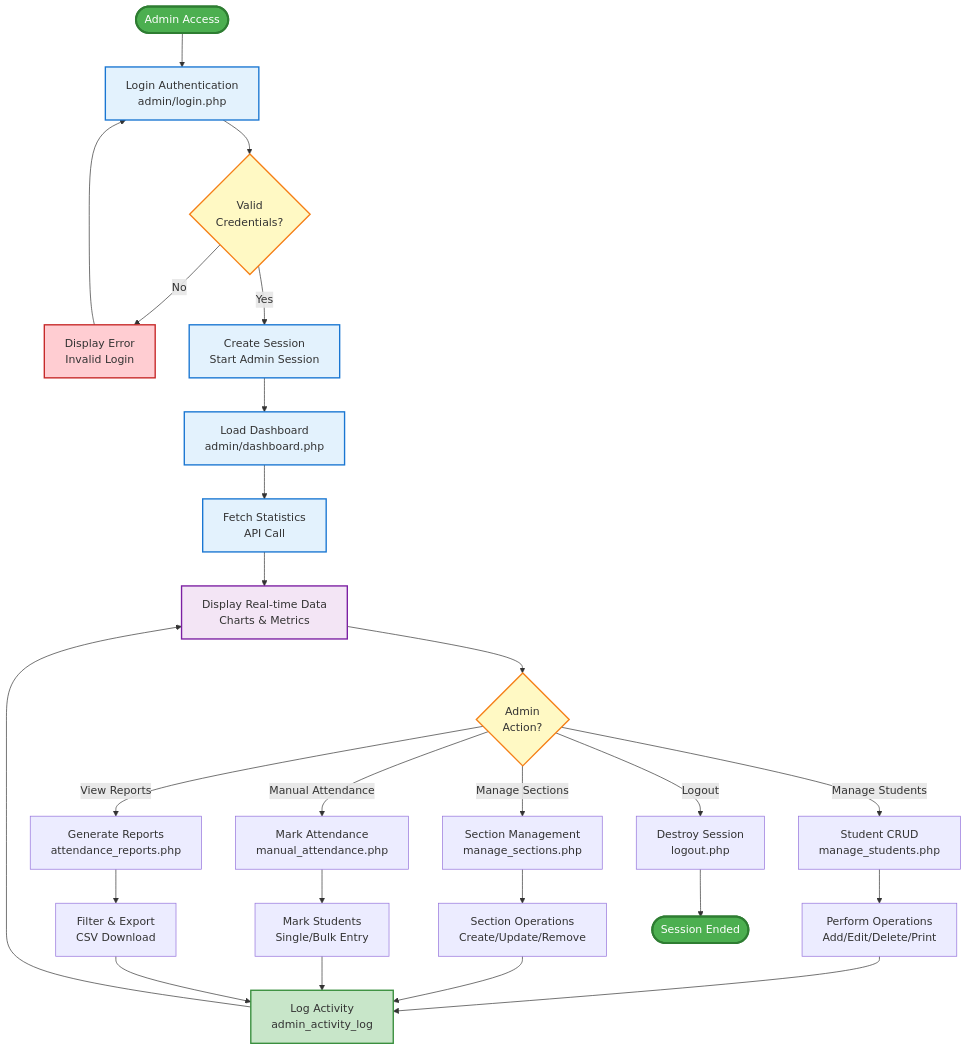
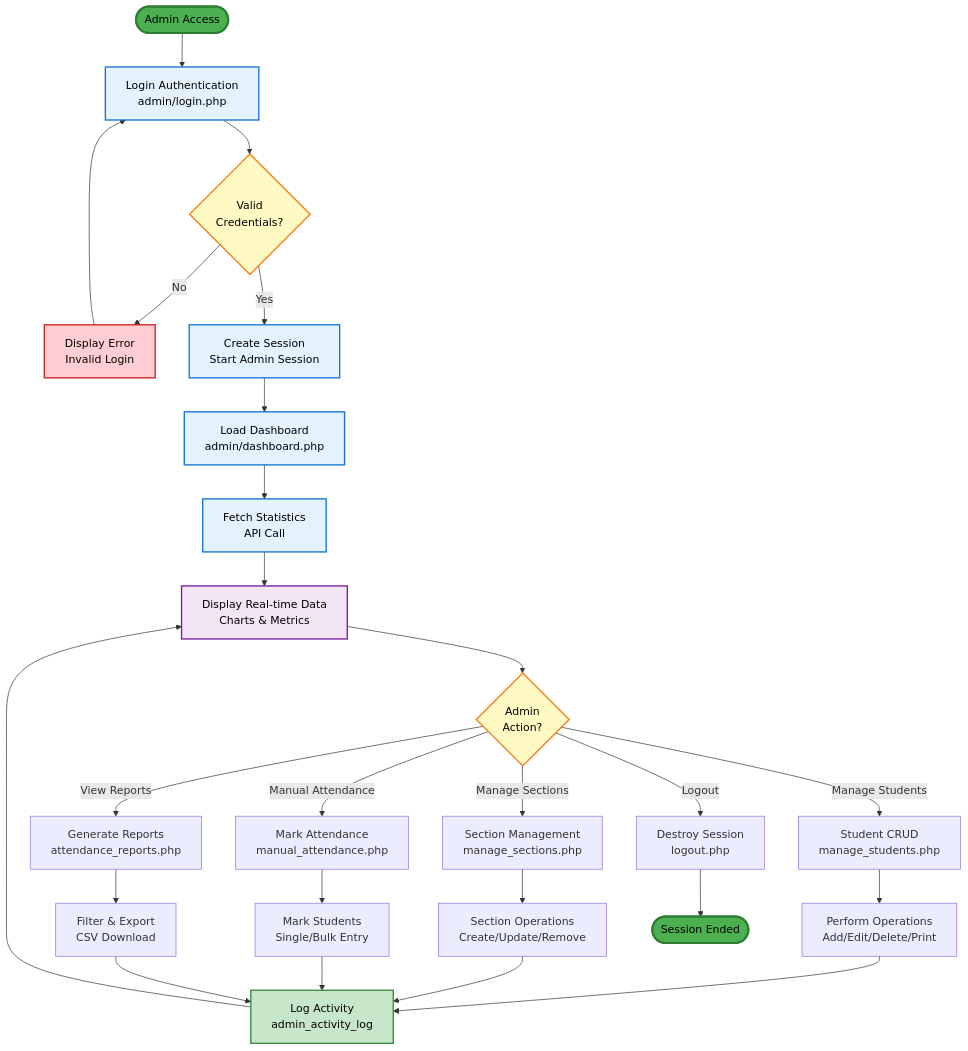
Before and after one commit to TsmHabib03/Academy-of-St.Joseph-Claveria-Cagayan-Inc.-Attendance-Checker: the fifth of 8 diagrams in GENERAL_PROCEDURE_FLOWCHART.md, drawn with Mermaid. The commit also changed other lines of this file, not shown here.

Commit message:
Flowchart successfully Iniatialized and Complete

````diff
--- a/GENERAL_PROCEDURE_FLOWCHART.md
+++ b/GENERAL_PROCEDURE_FLOWCHART.md
@@ -169,50 +212,50 @@
 ```mermaid
 flowchart TD
     Start([Admin Access]) --> A[Login Authentication<br/>admin/login.php]
     
     A --> B{Valid<br/>Credentials?}
     
     B -->|No| C[Display Error<br/>Invalid Login]
     B -->|Yes| D[Create Session<br/>Start Admin Session]
     
     C --> A
     
     D --> E[Load Dashboard<br/>admin/dashboard.php]
     
     E --> F[Fetch Statistics<br/>API Call]
     
     F --> G[Display Real-time Data<br/>Charts & Metrics]
     
     G --> H{Admin<br/>Action?}
     
     H -->|Manage Students| I[Student CRUD<br/>manage_students.php]
     H -->|Manage Sections| J[Section Management<br/>manage_sections.php]
     H -->|Manual Attendance| K[Mark Attendance<br/>manual_attendance.php]
     H -->|View Reports| L[Generate Reports<br/>attendance_reports.php]
     H -->|Logout| M[Destroy Session<br/>logout.php]
     
     I --> N[Perform Operations<br/>Add/Edit/Delete/Print]
     J --> O[Section Operations<br/>Create/Update/Remove]
     K --> P[Mark Students<br/>Single/Bulk Entry]
     L --> Q[Filter & Export<br/>CSV Download]
     
     N --> R[Log Activity<br/>admin_activity_log]
     O --> R
     P --> R
     Q --> R
     
     R --> G
     M --> End([Session Ended])
     
-    style Start fill:#4CAF50,stroke:#2E7D32,stroke-width:3px,color:#fff
-    style End fill:#4CAF50,stroke:#2E7D32,stroke-width:3px,color:#fff
-    style B fill:#FFF9C4,stroke:#F57F17,stroke-width:2px
-    style H fill:#FFF9C4,stroke:#F57F17,stroke-width:2px
-    style C fill:#FFCDD2,stroke:#C62828,stroke-width:2px
-    style A fill:#E3F2FD,stroke:#1976D2,stroke-width:2px
-    style D fill:#E3F2FD,stroke:#1976D2,stroke-width:2px
-    style E fill:#E3F2FD,stroke:#1976D2,stroke-width:2px
-    style F fill:#E3F2FD,stroke:#1976D2,stroke-width:2px
-    style G fill:#F3E5F5,stroke:#7B1FA2,stroke-width:2px
-    style R fill:#C8E6C9,stroke:#388E3C,stroke-width:2px
+    style Start fill:#4CAF50,stroke:#2E7D32,stroke-width:3px,color:#000
+    style End fill:#4CAF50,stroke:#2E7D32,stroke-width:3px,color:#000
+    style B fill:#FFF9C4,stroke:#F57F17,stroke-width:2px,color:#000
+    style H fill:#FFF9C4,stroke:#F57F17,stroke-width:2px,color:#000
+    style C fill:#FFCDD2,stroke:#C62828,stroke-width:2px,color:#000
+    style A fill:#E3F2FD,stroke:#1976D2,stroke-width:2px,color:#000
+    style D fill:#E3F2FD,stroke:#1976D2,stroke-width:2px,color:#000
+    style E fill:#E3F2FD,stroke:#1976D2,stroke-width:2px,color:#000
+    style F fill:#E3F2FD,stroke:#1976D2,stroke-width:2px,color:#000
+    style G fill:#F3E5F5,stroke:#7B1FA2,stroke-width:2px,color:#000
+    style R fill:#C8E6C9,stroke:#388E3C,stroke-width:2px,color:#000
 ```
````
